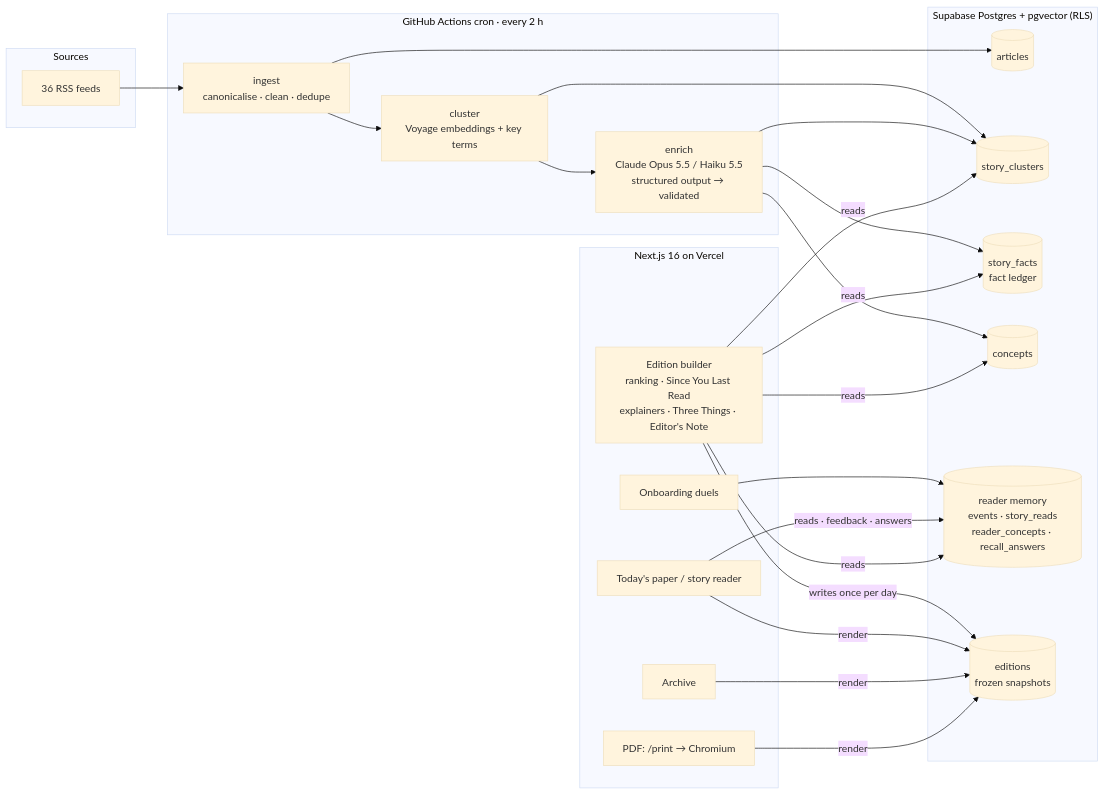
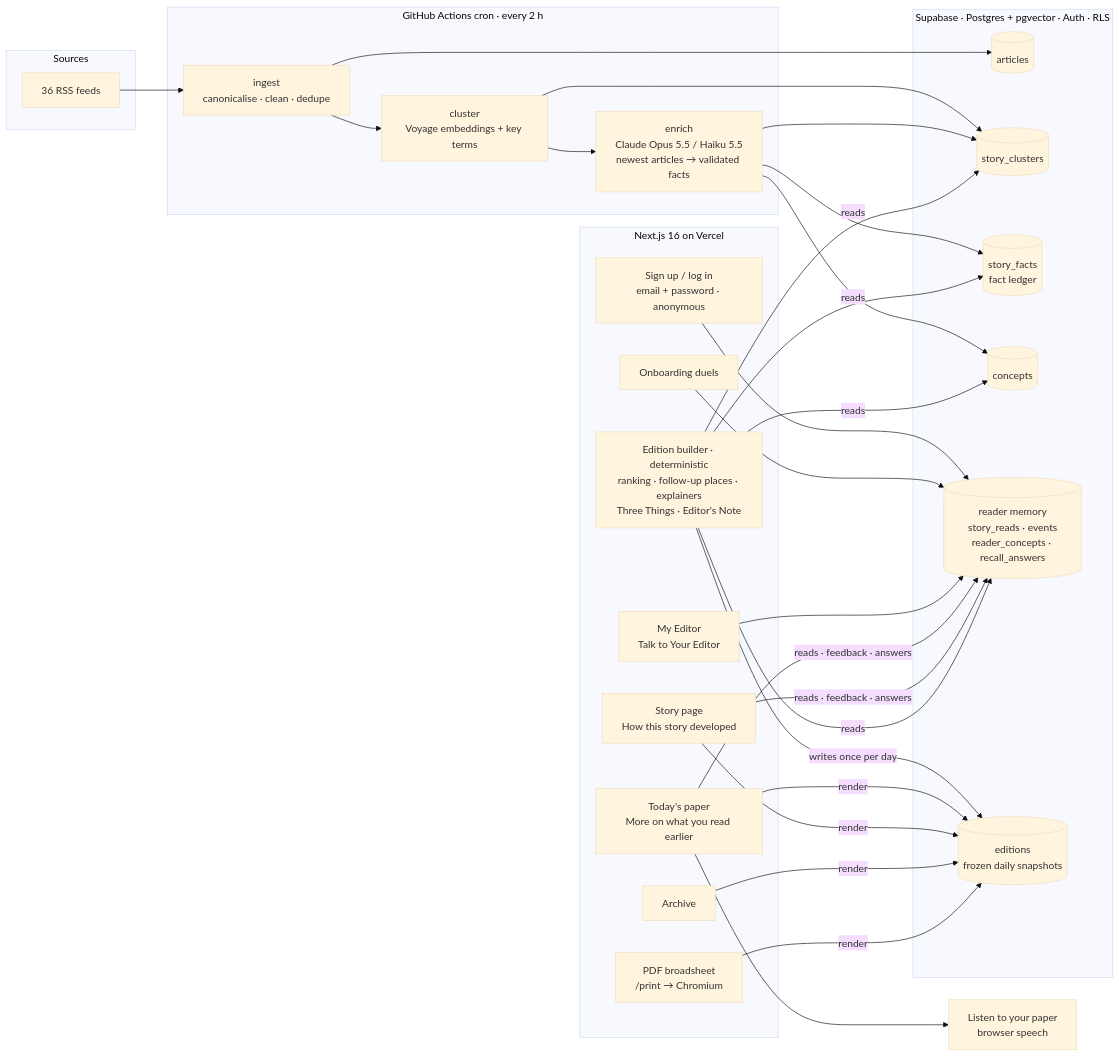
One commit to abdulkahn/morning-paper changed the diagram in README.md. Above: the diagram before and after it, drawn with Mermaid (base theme). The commit also changed other lines of this file and 3 other files, not shown here.

Commit message:
Add the architecture diagram as an image and refresh it

````diff
--- a/README.md
+++ b/README.md
@@ -38,38 +38,45 @@
 ```mermaid
 flowchart LR
   subgraph Sources
     RSS[36 RSS feeds]
   end
 
   subgraph Worker["GitHub Actions cron · every 2 h"]
     I[ingest<br/>canonicalise · clean · dedupe] --> C[cluster<br/>Voyage embeddings + key terms]
-    C --> E[enrich<br/>Claude Opus 5.5 / Haiku 5.5<br/>structured output → validated]
+    C --> E[enrich<br/>Claude Opus 5.5 / Haiku 5.5<br/>newest articles → validated facts]
   end
 
-  subgraph DB["Supabase Postgres + pgvector (RLS)"]
+  subgraph DB["Supabase · Postgres + pgvector · Auth · RLS"]
     A[(articles)]
     SC[(story_clusters)]
     F[(story_facts<br/>fact ledger)]
     K[(concepts)]
-    R[(reader memory<br/>events · story_reads<br/>reader_concepts · recall_answers)]
-    ED[(editions<br/>frozen snapshots)]
+    R[(reader memory<br/>story_reads · events<br/>reader_concepts · recall_answers)]
+    ED[(editions<br/>frozen daily snapshots)]
   end
 
   subgraph App["Next.js 16 on Vercel"]
+    AU[Sign up / log in<br/>email + password · anonymous]
     O[Onboarding duels]
-    B[Edition builder<br/>ranking · Since You Last Read<br/>explainers · Three Things · Editor's Note]
-    T[Today's paper / story reader]
+    MY[My Editor<br/>Talk to Your Editor]
+    B[Edition builder · deterministic<br/>ranking · follow-up places · explainers<br/>Three Things · Editor's Note]
+    T[Today's paper<br/>More on what you read earlier]
+    S[Story page<br/>How this story developed]
     AR[Archive]
-    P[PDF: /print → Chromium]
+    P[PDF broadsheet<br/>/print → Chromium]
   end
+
+  L[Listen to your paper<br/>browser speech]
 
   RSS --> I
   I --> A
   C --> SC
   E --> SC & F & K
-  O --> R
-  T -- reads · feedback · answers --> R
+  AU --> R
+  O & MY --> R
+  T & S -- reads · feedback · answers --> R
   B -- reads --> SC & F & K & R
   B -- writes once per day --> ED
-  T & AR & P -- render --> ED
+  T & S & AR & P -- render --> ED
+  T --> L
 ```
````
